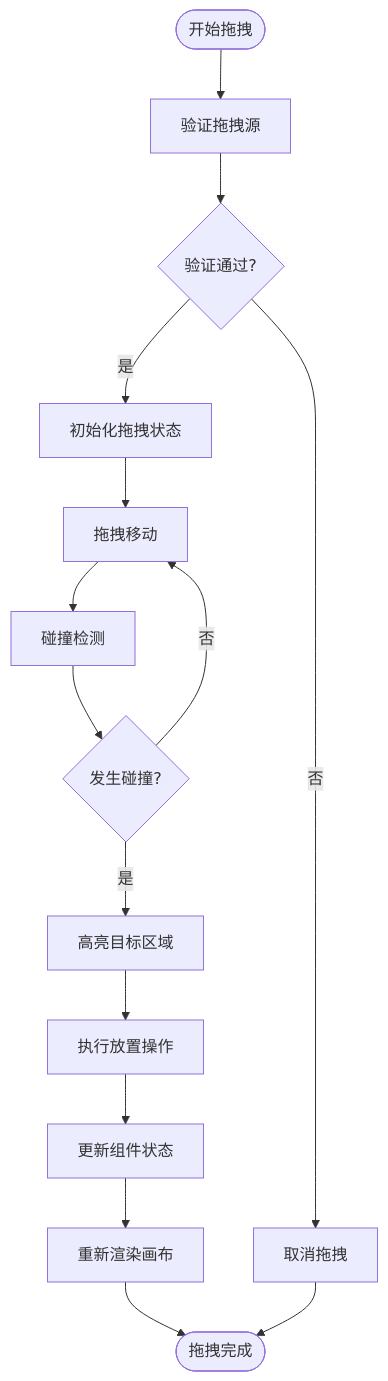
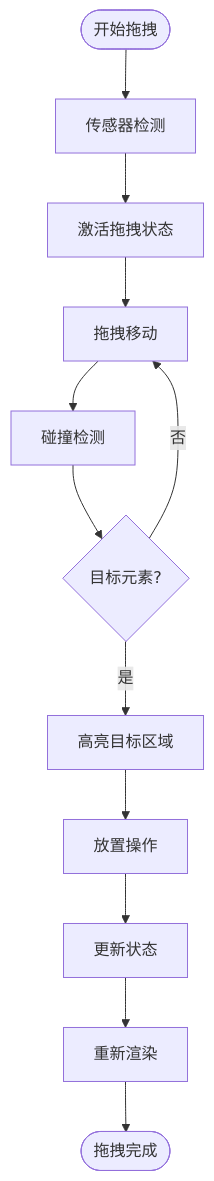
One commit to wyg5208/website_diy changed the fourth of 7 diagrams in .qoder/repowiki/zh/content/前端组件系统/拖拽编辑器.md. Above: the diagram before and after it, drawn with Mermaid. The commit also changed other lines of this file and 43 other files, not shown here.

````diff
--- a/.qoder/repowiki/zh/content/前端组件系统/拖拽编辑器.md
+++ b/.qoder/repowiki/zh/content/前端组件系统/拖拽编辑器.md
@@ -166,17 +200,14 @@
 ```mermaid
 flowchart TD
-Start([开始拖拽]) --> Validate["验证拖拽源"]
-Validate --> Valid{"验证通过?"}
-Valid --> |否| Cancel["取消拖拽"]
-Valid --> |是| Init["初始化拖拽状态"]
-Init --> Move["拖拽移动"]
+Start([开始拖拽]) --> Sensors["传感器检测"]
+Sensors --> Activate["激活拖拽状态"]
+Activate --> Move["拖拽移动"]
 Move --> Detect["碰撞检测"]
-Detect --> Collide{"发生碰撞?"}
-Collide --> |否| Move
-Collide --> |是| Highlight["高亮目标区域"]
-Highlight --> Drop["执行放置操作"]
-Drop --> Update["更新组件状态"]
-Update --> Render["重新渲染画布"]
+Detect --> Over{"目标元素?"}
+Over --> |是| Highlight["高亮目标区域"]
+Over --> |否| Move
+Highlight --> Drop["放置操作"]
+Drop --> Update["更新状态"]
+Update --> Render["重新渲染"]
 Render --> End([拖拽完成])
-Cancel --> End
 ```
````
